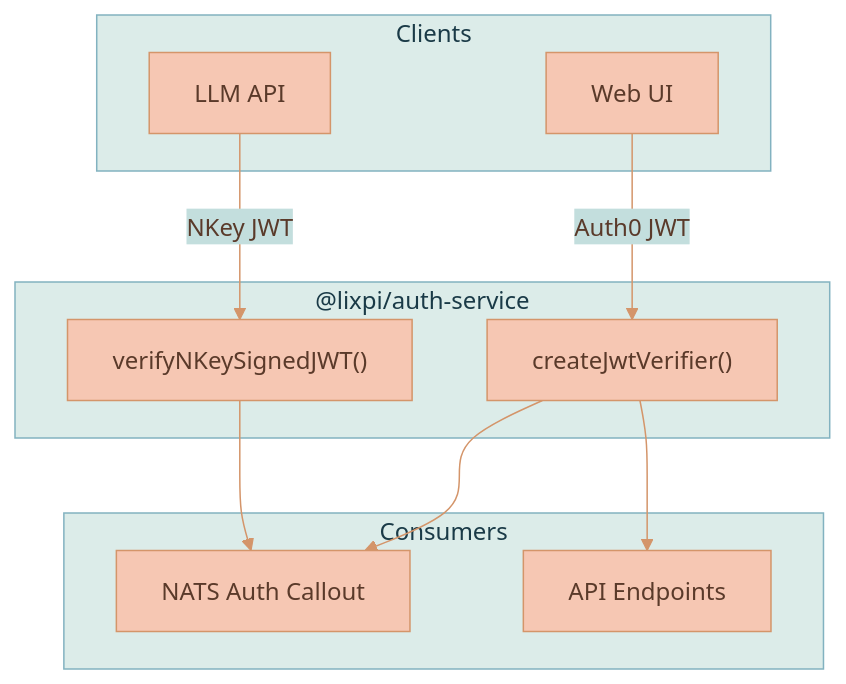
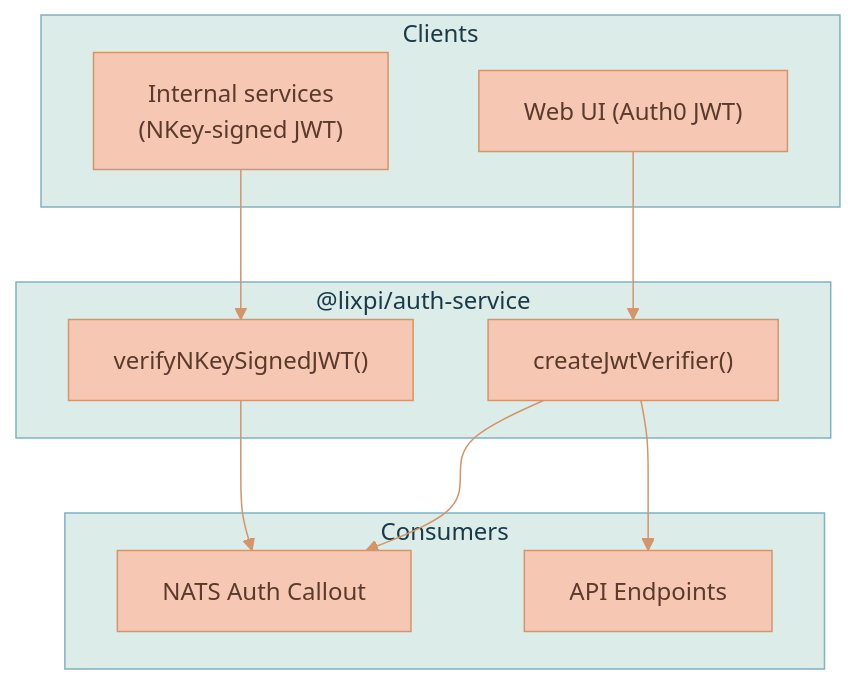
Before and after one commit to Lixpi/lixpi: the fifth of 5 diagrams in documentation/ARCHITECTURE.md, drawn with Mermaid. The commit also changed other lines of this file and 59 other files, not shown here.

Commit message:
LIX-137 # Migrate LLM orchestration from Python llm-api to TypeScript in-process LangGraph module

````diff
--- a/documentation/ARCHITECTURE.md
+++ b/documentation/ARCHITECTURE.md
@@ -235,23 +218,23 @@
 ```mermaid
 %%{init: {'theme': 'base', 'themeVariables': { 'primaryColor': '#F6C7B3', 'primaryTextColor': '#5a3a2a', 'primaryBorderColor': '#d4956a', 'secondaryColor': '#C3DEDD', 'secondaryTextColor': '#1a3a47', 'secondaryBorderColor': '#4a8a9d', 'tertiaryColor': '#DCECE9', 'tertiaryTextColor': '#1a3a47', 'tertiaryBorderColor': '#82B2C0', 'lineColor': '#d4956a', 'textColor': '#5a3a2a'}}}%%
 flowchart TB
     subgraph Clients
-        WebUI["Web UI"]
-        LLM["LLM API"]
+        WebUI["Web UI (Auth0 JWT)"]
+        Svc["Internal services<br/>(NKey-signed JWT)"]
     end
 
     subgraph auth-service["@lixpi/auth-service"]
         JV["createJwtVerifier()"]
         NKV["verifyNKeySignedJWT()"]
     end
 
     subgraph Consumers
         AC["NATS Auth Callout"]
         API["API Endpoints"]
     end
 
-    WebUI -->|Auth0 JWT| JV
-    LLM -->|NKey JWT| NKV
+    WebUI --> JV
+    Svc --> NKV
     JV --> AC & API
     NKV --> AC
 ```
````
